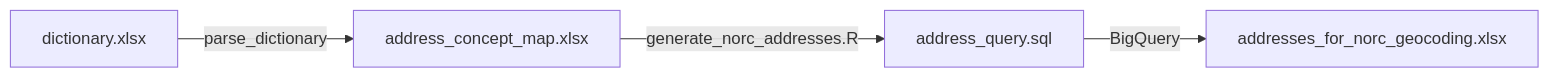
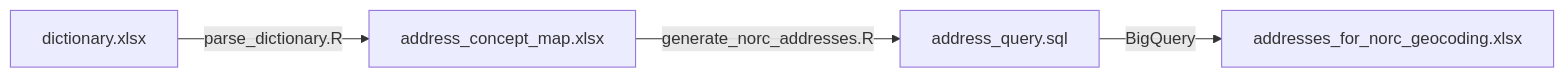
The diagram in README.md (Analyticsphere/preprocess_geocoding_data), drawn with Mermaid before and after one commit.

````diff
--- a/README.md
+++ b/README.md
@@ -5,6 +5,6 @@
 ```mermaid
 flowchart LR
-    DD[dictionary.xlsx] -->|parse_dictionary| MAP[address_concept_map.xlsx]
+    DD[dictionary.xlsx] -->|parse_dictionary.R| MAP[address_concept_map.xlsx]
     MAP --> |generate_norc_addresses.R| SQL[address_query.sql]
     SQL --> |BigQuery| NORC[addresses_for_norc_geocoding.xlsx]
 ```
````
